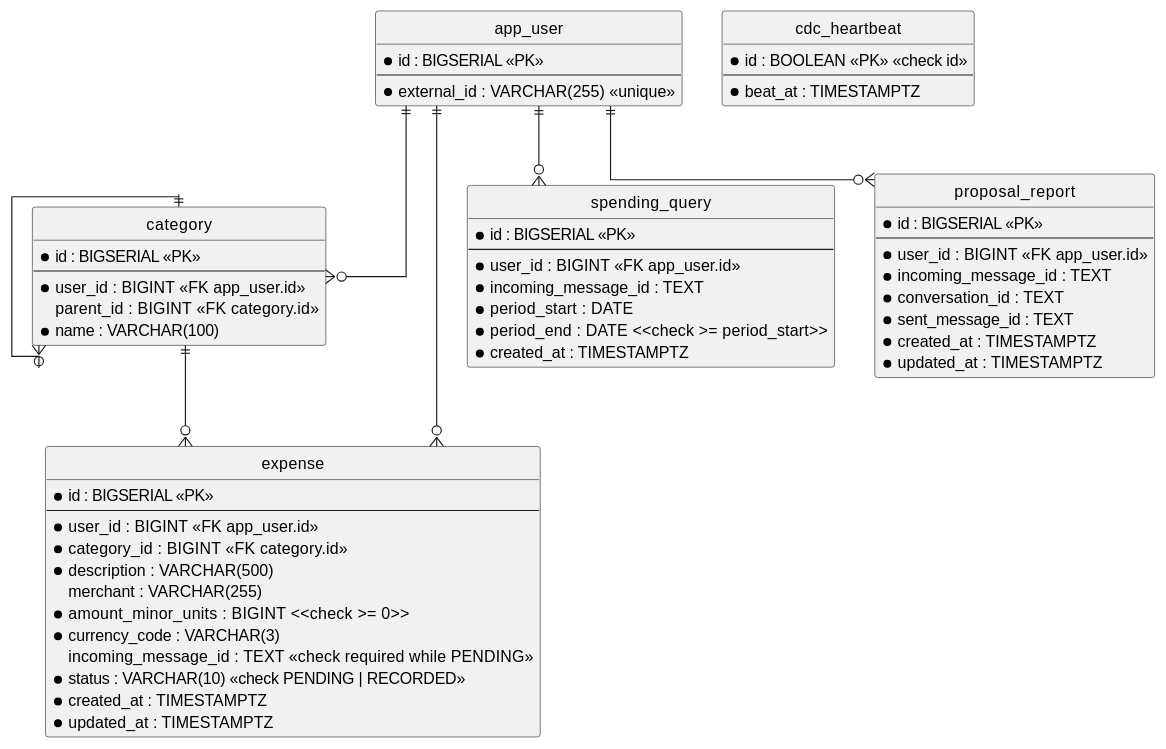
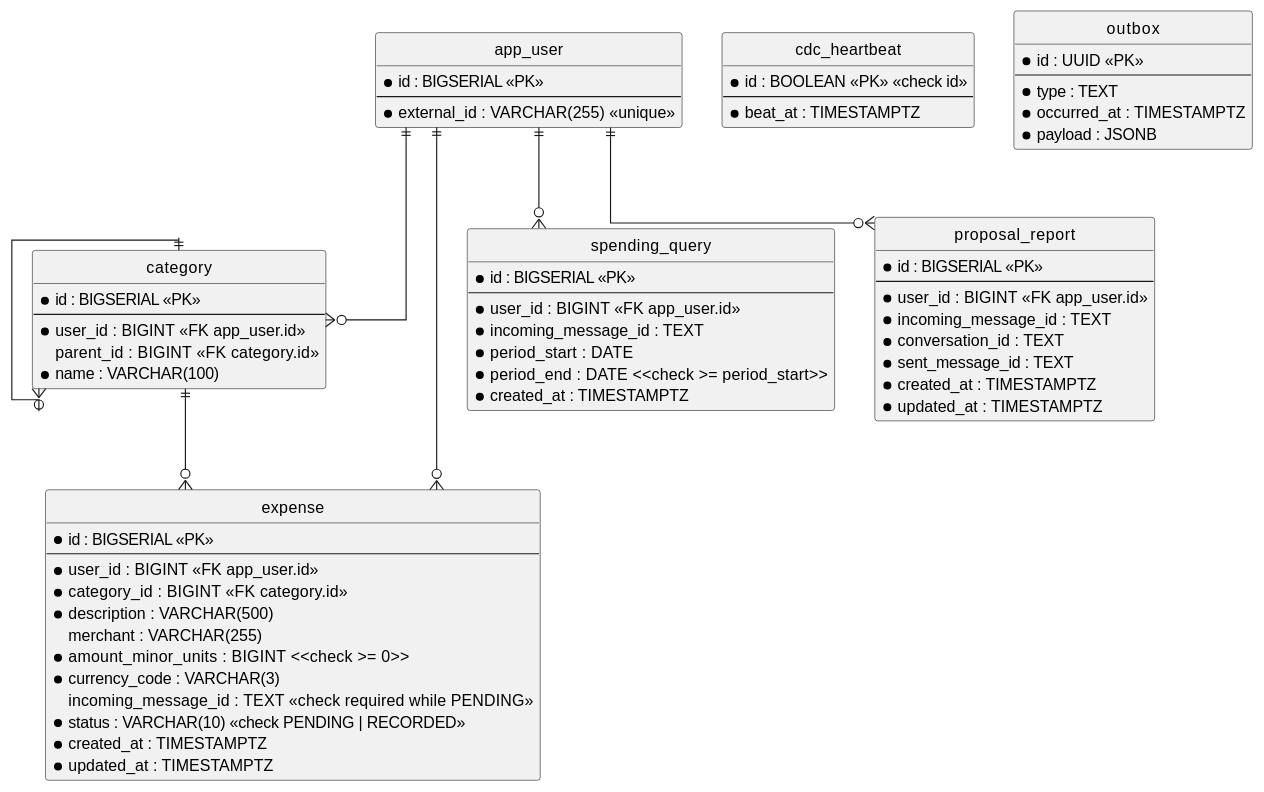
The diagram in ledger-service/docs/contracts/out/database.md (ds-usova/finance-bot), drawn with PlantUML before and after one commit. The commit also changed other lines of this file and 13 other files, not shown here.

````diff
--- a/ledger-service/docs/contracts/out/database.md
+++ b/ledger-service/docs/contracts/out/database.md
@@ -12,69 +12,77 @@
 ```plantuml
 @startuml ledger-schema
 hide circle
 skinparam linetype ortho
 
 entity "app_user" as app_user {
   * id : BIGSERIAL <<PK>>
   --
   * external_id : VARCHAR(255) <<unique>>
 }
 
 entity "category" as category {
   * id : BIGSERIAL <<PK>>
   --
   * user_id : BIGINT <<FK app_user.id>>
   parent_id : BIGINT <<FK category.id>>
   * name : VARCHAR(100)
 }
 
 entity "expense" as expense {
   * id : BIGSERIAL <<PK>>
   --
   * user_id : BIGINT <<FK app_user.id>>
   * category_id : BIGINT <<FK category.id>>
   * description : VARCHAR(500)
   merchant : VARCHAR(255)
   * amount_minor_units : BIGINT <<check >= 0>>
   * currency_code : VARCHAR(3)
   incoming_message_id : TEXT <<check required while PENDING>>
   * status : VARCHAR(10) <<check PENDING | RECORDED>>
   * created_at : TIMESTAMPTZ
   * updated_at : TIMESTAMPTZ
 }
 
 entity "spending_query" as spending_query {
   * id : BIGSERIAL <<PK>>
   --
   * user_id : BIGINT <<FK app_user.id>>
   * incoming_message_id : TEXT
   * period_start : DATE
   * period_end : DATE <<check >= period_start>>
   * created_at : TIMESTAMPTZ
 }
 
 entity "proposal_report" as proposal_report {
   * id : BIGSERIAL <<PK>>
   --
   * user_id : BIGINT <<FK app_user.id>>
   * incoming_message_id : TEXT
   * conversation_id : TEXT
   * sent_message_id : TEXT
   * created_at : TIMESTAMPTZ
   * updated_at : TIMESTAMPTZ
 }
 
 entity "cdc_heartbeat" as cdc_heartbeat {
   * id : BOOLEAN <<PK>> <<check id>>
   --
   * beat_at : TIMESTAMPTZ
 }
 
+entity "outbox" as outbox {
+  * id : UUID <<PK>>
+  --
+  * type : TEXT
+  * occurred_at : TIMESTAMPTZ
+  * payload : JSONB
+}
+
 app_user ||--o{ category
 category ||--o{ category
 app_user ||--o{ expense
 category ||--o{ expense
 app_user ||--o{ spending_query
 app_user ||--o{ proposal_report
 @enduml
 ```
````
